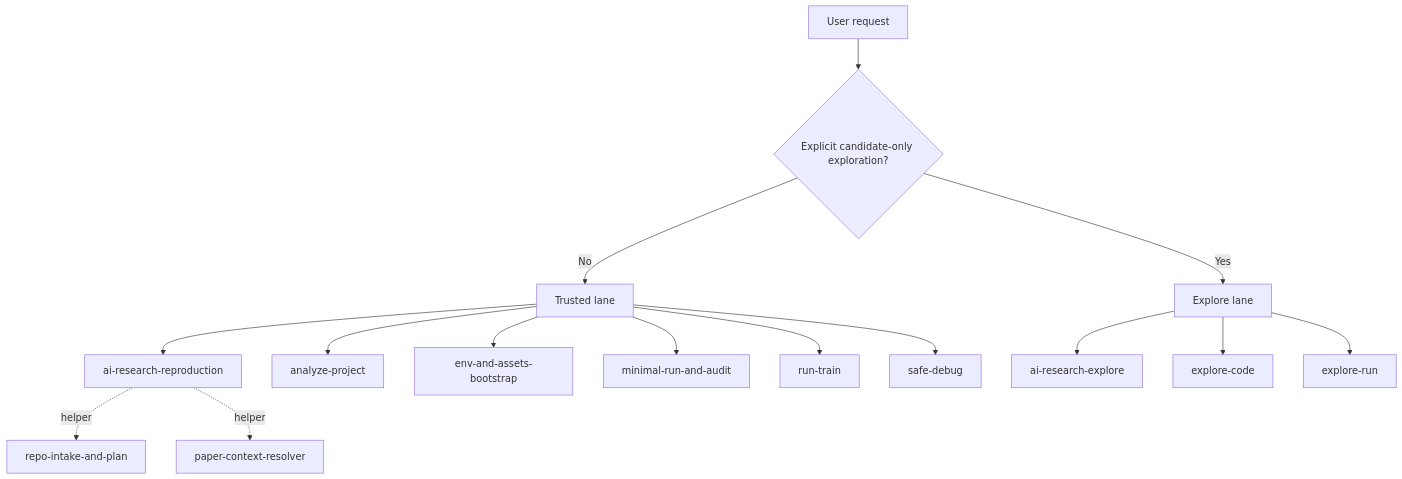
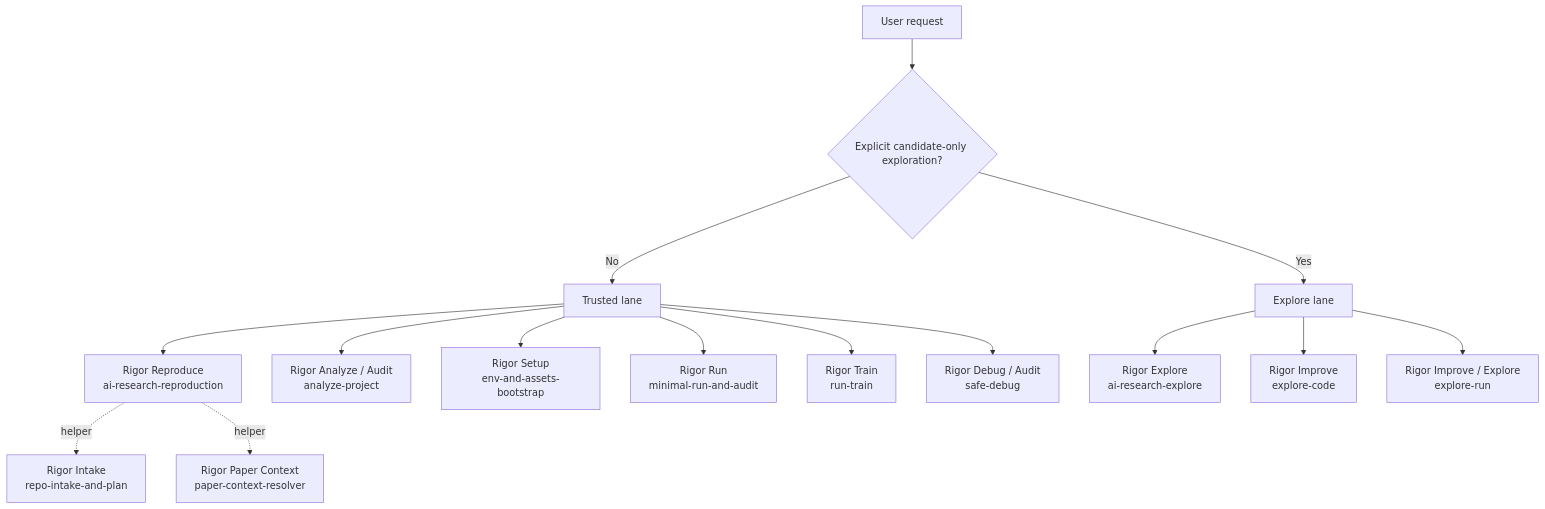
One commit to DevZonayed/nexalance-skill-lllllllama-rigorpilot-skills changed the second of 3 diagrams in README.md. Above: the diagram before and after it, drawn with Mermaid. The commit also changed other lines of this file and 38 other files, not shown here.

````diff
--- a/README.md
+++ b/README.md
@@ -301,20 +304,20 @@
 ```mermaid
 flowchart TD
     A[User request] --> B{Explicit candidate-only exploration?}
     B -- No --> C[Trusted lane]
     B -- Yes --> D[Explore lane]
 
-    C --> C1[ai-research-reproduction]
-    C --> C2[analyze-project]
-    C --> C3[env-and-assets-bootstrap]
-    C --> C4[minimal-run-and-audit]
-    C --> C5[run-train]
-    C --> C6[safe-debug]
+    C --> C1[Rigor Reproduce<br/>ai-research-reproduction]
+    C --> C2[Rigor Analyze / Audit<br/>analyze-project]
+    C --> C3[Rigor Setup<br/>env-and-assets-bootstrap]
+    C --> C4[Rigor Run<br/>minimal-run-and-audit]
+    C --> C5[Rigor Train<br/>run-train]
+    C --> C6[Rigor Debug / Audit<br/>safe-debug]
 
-    D --> D1[ai-research-explore]
-    D --> D2[explore-code]
-    D --> D3[explore-run]
+    D --> D1[Rigor Explore<br/>ai-research-explore]
+    D --> D2[Rigor Improve<br/>explore-code]
+    D --> D3[Rigor Improve / Explore<br/>explore-run]
 
-    C1 -. helper .-> H1[repo-intake-and-plan]
-    C1 -. helper .-> H2[paper-context-resolver]
+    C1 -. helper .-> H1[Rigor Intake<br/>repo-intake-and-plan]
+    C1 -. helper .-> H2[Rigor Paper Context<br/>paper-context-resolver]
 ```
````
